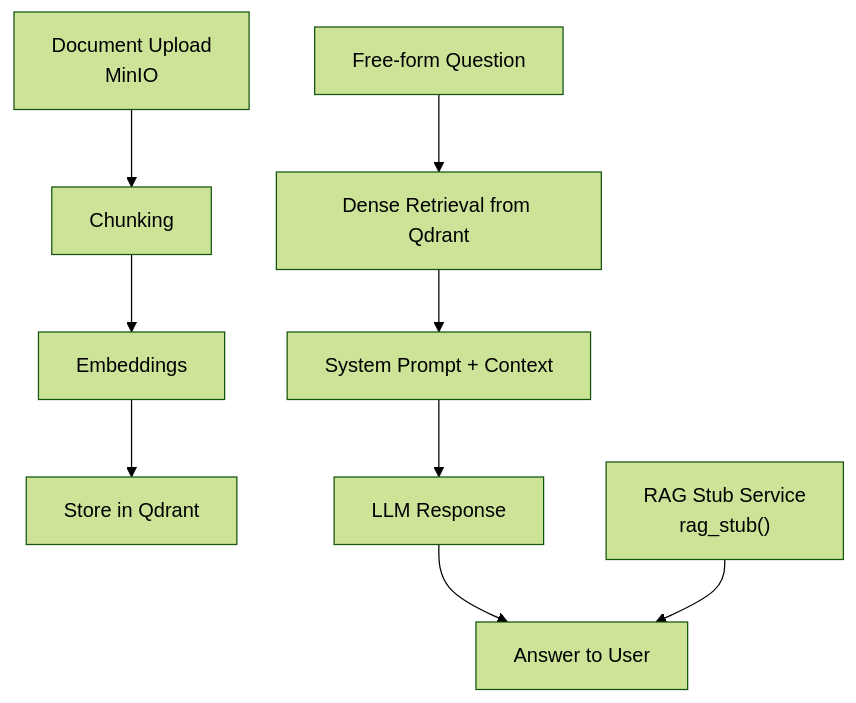
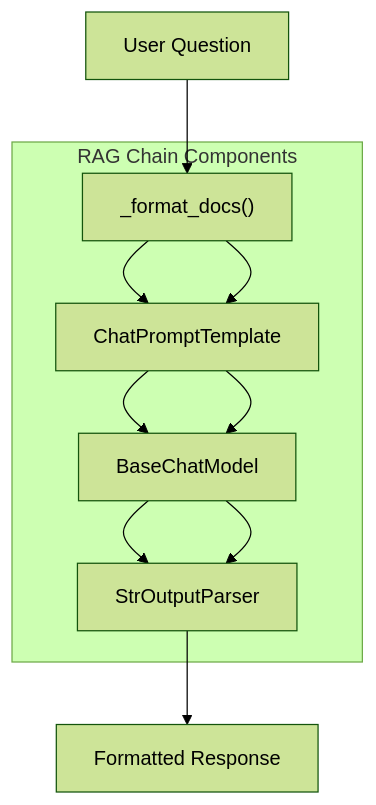
One commit to ognelis/cafetera_hr_bot changed the fifth of 9 diagrams in .qoder/repowiki/en/content/RAG Integration.md. Above: the diagram before and after it, drawn with Mermaid (forest theme). The commit also changed other lines of this file and 9 other files, not shown here.

````diff
--- a/.qoder/repowiki/en/content/RAG Integration.md
+++ b/.qoder/repowiki/en/content/RAG Integration.md
@@ -337,11 +270,13 @@
 ```mermaid
 flowchart TD
-DocIngest["Document Upload<br/>MinIO"] --> Chunk["Chunking"]
-Chunk --> Embed["Embeddings"]
-Embed --> Store["Store in Qdrant"]
-UserQuery["Free-form Question"] --> Retrieve["Dense Retrieval from Qdrant"]
-Retrieve --> Prompt["System Prompt + Context"]
-Prompt --> LLM["LLM Response"]
-LLM --> Answer["Answer to User"]
-Stub["RAG Stub Service<br/>rag_stub()"] --> Answer
+Input["User Question"] --> FormatDocs["_format_docs()"]
+FormatDocs --> Prompt["ChatPromptTemplate"]
+Prompt --> LLM["BaseChatModel"]
+LLM --> Parser["StrOutputParser"]
+Parser --> Output["Formatted Response"]
+subgraph "RAG Chain Components"
+FormatDocs --> Prompt
+Prompt --> LLM
+LLM --> Parser
+end
 ```
````
